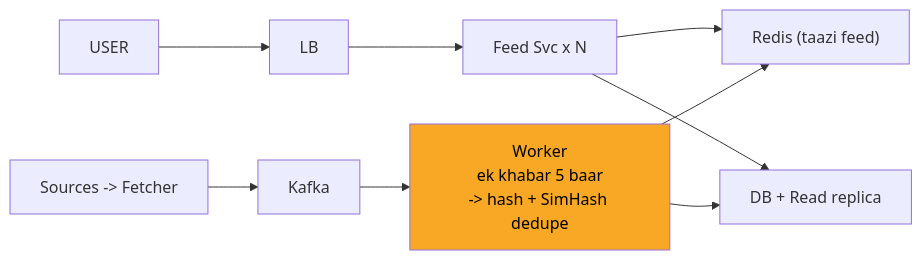
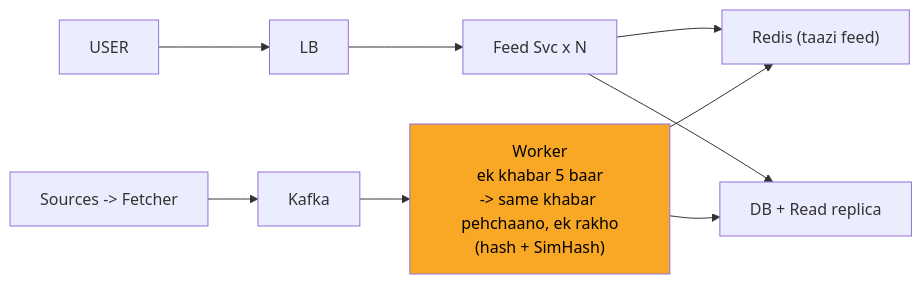
Before and after one commit to ArpanMaheshwari144/Prep: the fifth of 11 diagrams in 04_HLD/SYSTEM_DESIGNS/08_news_aggregator/08_news_aggregator_INTERVIEW.md, drawn with Mermaid. The commit also changed other lines of this file and 13 other files, not shown here.

````diff
--- a/04_HLD/SYSTEM_DESIGNS/08_news_aggregator/08_news_aggregator_INTERVIEW.md
+++ b/04_HLD/SYSTEM_DESIGNS/08_news_aggregator/08_news_aggregator_INTERVIEW.md
@@ -181,20 +181,20 @@
 ```mermaid
 flowchart LR
     n_USER["USER"]
     n_LB["LB"]
     n_Feed_Svc_xN["Feed Svc x N"]
     n_Redis["Redis (taazi feed)"]
     n_DBR["DB + Read replica"]
-    n_Worker["Worker<br/>ek khabar 5 baar<br/>-> hash + SimHash dedupe"]
+    n_Worker["Worker<br/>ek khabar 5 baar<br/>-> same khabar pehchaano, ek rakho<br/>(hash + SimHash)"]
     n_Kafka["Kafka"]
     n_SF["Sources -> Fetcher"]
     n_USER --> n_LB
     n_LB --> n_Feed_Svc_xN
     n_Feed_Svc_xN --> n_Redis
     n_Feed_Svc_xN --> n_DBR
     n_Worker --> n_DBR
     n_Worker --> n_Redis
     n_Kafka --> n_Worker
     n_SF --> n_Kafka
     style n_Worker fill:#f9a825,color:#000
 ```
````
